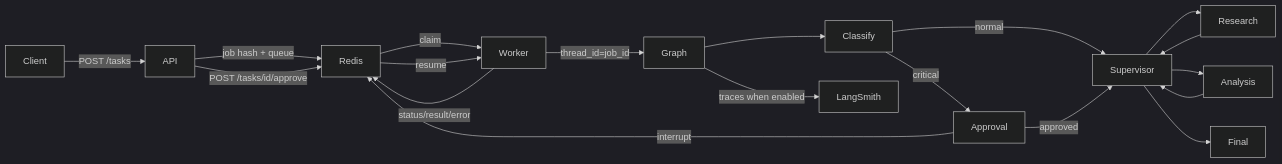
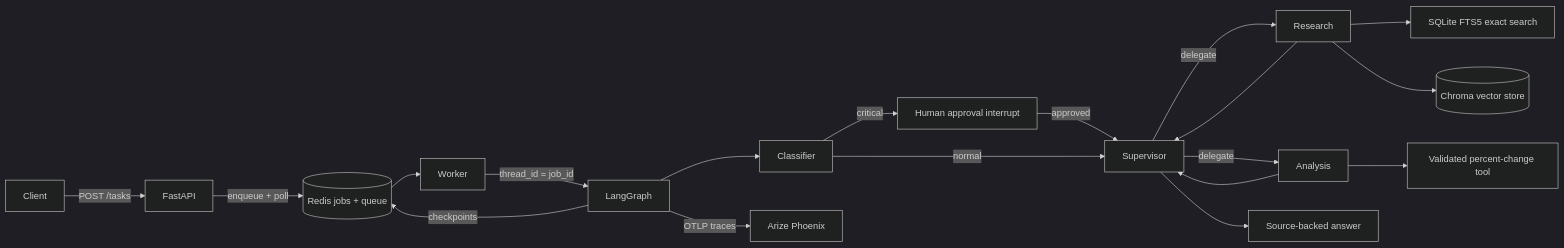
The diagram in README.md (gullojoseleandro/intelligence-system-final), drawn with Mermaid (dark theme) before and after one commit. The commit also changed other lines of this file and 27 other files, not shown here.

````diff
--- a/README.md
+++ b/README.md
@@ -73,21 +40,21 @@
 ```mermaid
 flowchart LR
-    Client -->|POST /tasks| API
-    API -->|job hash + queue| Redis
-    Redis -->|claim| Worker
-    Worker -->|thread_id=job_id| Graph
-    Graph --> Classify
-    Classify -->|critical| Approval
-    Approval -->|interrupt| Redis
-    API -->|POST /tasks/id/approve| Redis
-    Redis -->|resume| Worker
-    Classify -->|normal| Supervisor
+    Client -->|POST /tasks| API[FastAPI]
+    API -->|enqueue + poll| Redis[(Redis jobs + queue)]
+    Redis --> Worker
+    Worker -->|thread_id = job_id| Graph[LangGraph]
+    Graph --> Classifier
+    Classifier -->|critical| Approval[Human approval interrupt]
     Approval -->|approved| Supervisor
-    Supervisor --> Research
-    Supervisor --> Analysis
+    Classifier -->|normal| Supervisor
+    Supervisor -->|delegate| Research
+    Supervisor -->|delegate| Analysis
+    Research --> FTS[SQLite FTS5 exact search]
+    Research --> Chroma[(Chroma vector store)]
+    Analysis --> Calculator[Validated percent-change tool]
     Research --> Supervisor
     Analysis --> Supervisor
-    Supervisor --> Final
-    Worker -->|status/result/error| Redis
-    Graph -->|traces when enabled| LangSmith
+    Supervisor --> Final[Source-backed answer]
+    Graph -->|checkpoints| Redis
+    Graph -->|OTLP traces| Phoenix[Arize Phoenix]
 ```
````
